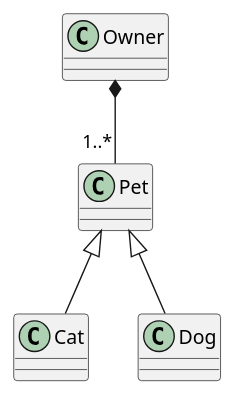
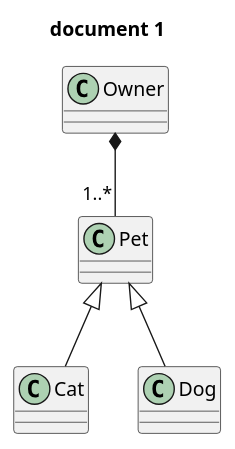
The diagram in diagrams/class-diagram-1.puml (helipilot50/plantuml-action-example), drawn with PlantUML before and after one commit.

```diff
--- a/diagrams/class-diagram-1.puml
+++ b/diagrams/class-diagram-1.puml
@@ -1,13 +1,13 @@
 @startuml
-
+title document 1
 class Cat
 class Dog
 class Pet
 class Owner
 
 Owner *-- "1..*" Pet
 Pet <|-- Cat
 Pet <|-- Dog
 
 
 @enduml
```
